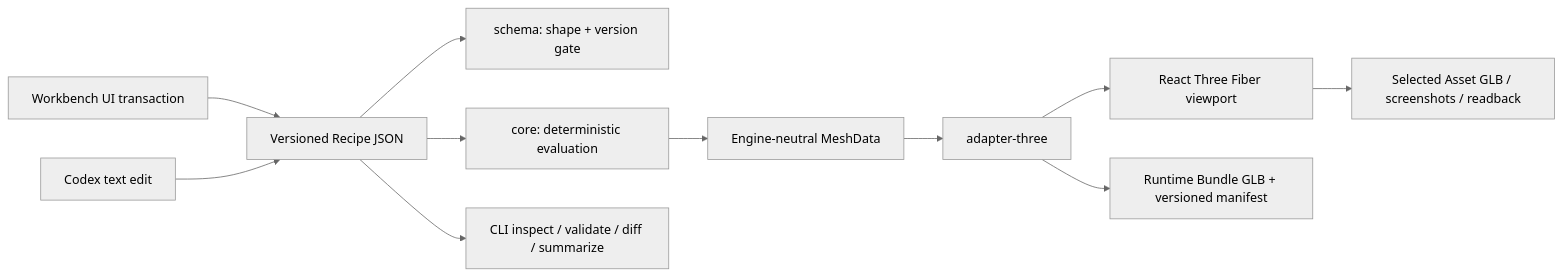
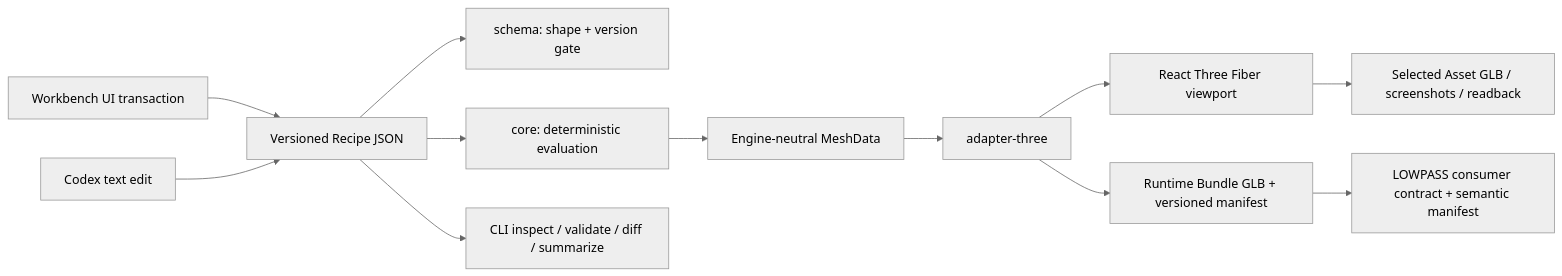
One commit to YuShimoji/CodexGameAssetWorkbench changed the diagram in docs/ARCHITECTURE.md. Above: the diagram before and after it, drawn with Mermaid (neutral theme). The commit also changed other lines of this file and 22 other files, not shown here.

Commit message:
feat: add lowpass runtime asset canary pipeline

````diff
--- a/docs/ARCHITECTURE.md
+++ b/docs/ARCHITECTURE.md
@@ -7,13 +7,14 @@
 ```mermaid
 flowchart LR
   UI["Workbench UI transaction"] --> Recipe["Versioned Recipe JSON"]
   Codex["Codex text edit"] --> Recipe
   Recipe --> Schema["schema: shape + version gate"]
   Recipe --> Core["core: deterministic evaluation"]
   Core --> Mesh["Engine-neutral MeshData"]
   Mesh --> Three["adapter-three"]
   Three --> Viewport["React Three Fiber viewport"]
   Three --> Runtime["Runtime Bundle GLB + versioned manifest"]
+  Runtime --> Lowpass["LOWPASS consumer contract + semantic manifest"]
   Recipe --> CLI["CLI inspect / validate / diff / summarize"]
   Viewport --> Derived["Selected Asset GLB / screenshots / readback"]
 ```
````
